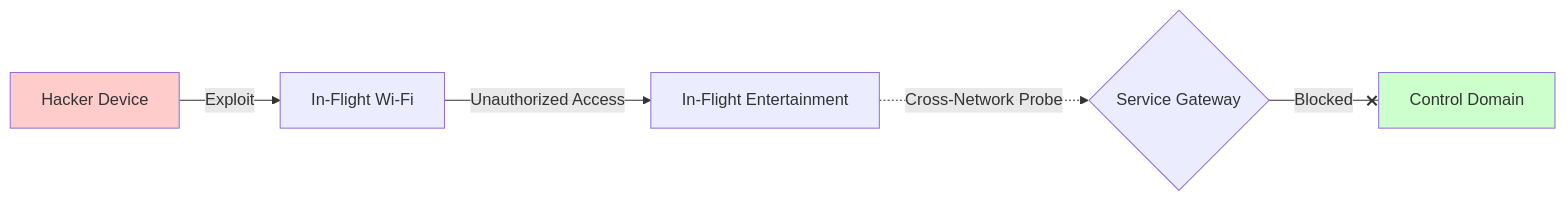
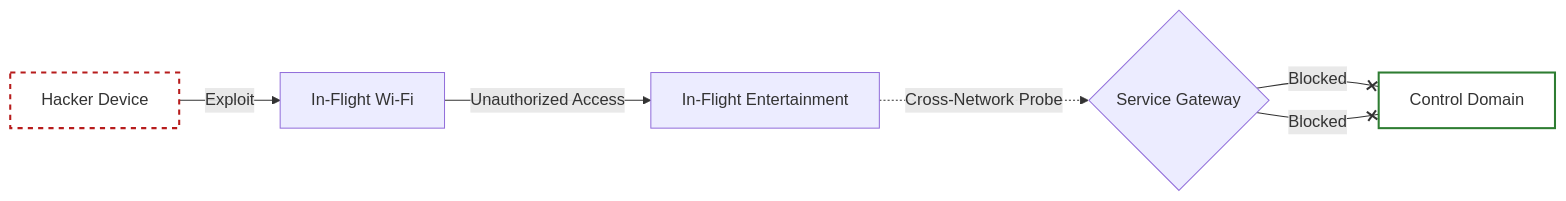
The seventh of 8 diagrams in README.md (Faizan-Khanx/AeroSpaceHacking), drawn with Mermaid before and after one commit. The commit also changed other lines of this file, not shown here.

````diff
--- a/README.md
+++ b/README.md
@@ -605,10 +613,12 @@
 ```mermaid
 graph LR
     H[Hacker Device] -->|Exploit| W[In-Flight Wi-Fi]
     W -->|Unauthorized Access| IFE[In-Flight Entertainment]
     IFE -.->|Cross-Network Probe| G{Service Gateway}
     G --x|Blocked| CD[Control Domain]
     
-    style H fill:#ffcccc
-    style CD fill:#ccffcc
+    G --x|Blocked| CD[Control Domain]
+    
+    style H stroke:#B71C1C,stroke-width:2px,fill:none,stroke-dasharray: 5 5
+    style CD stroke:#2E7D32,stroke-width:2px,fill:none
 ```
````
